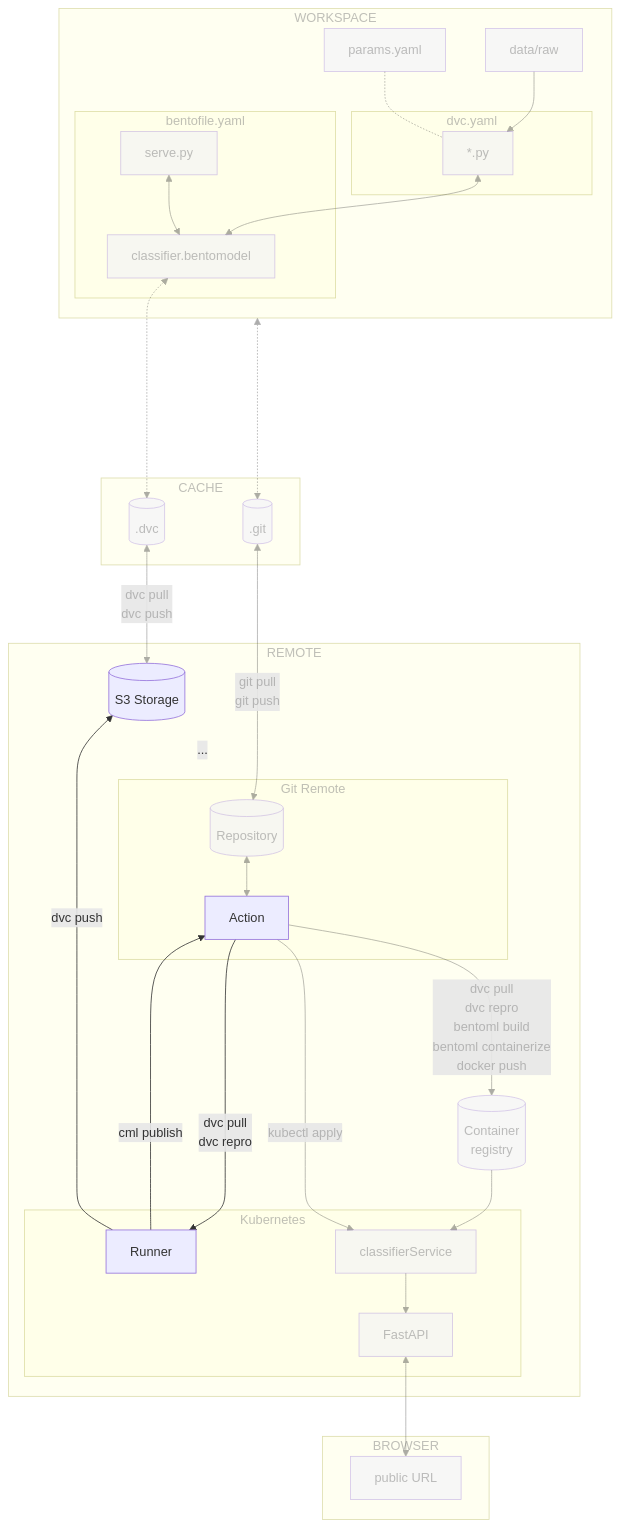
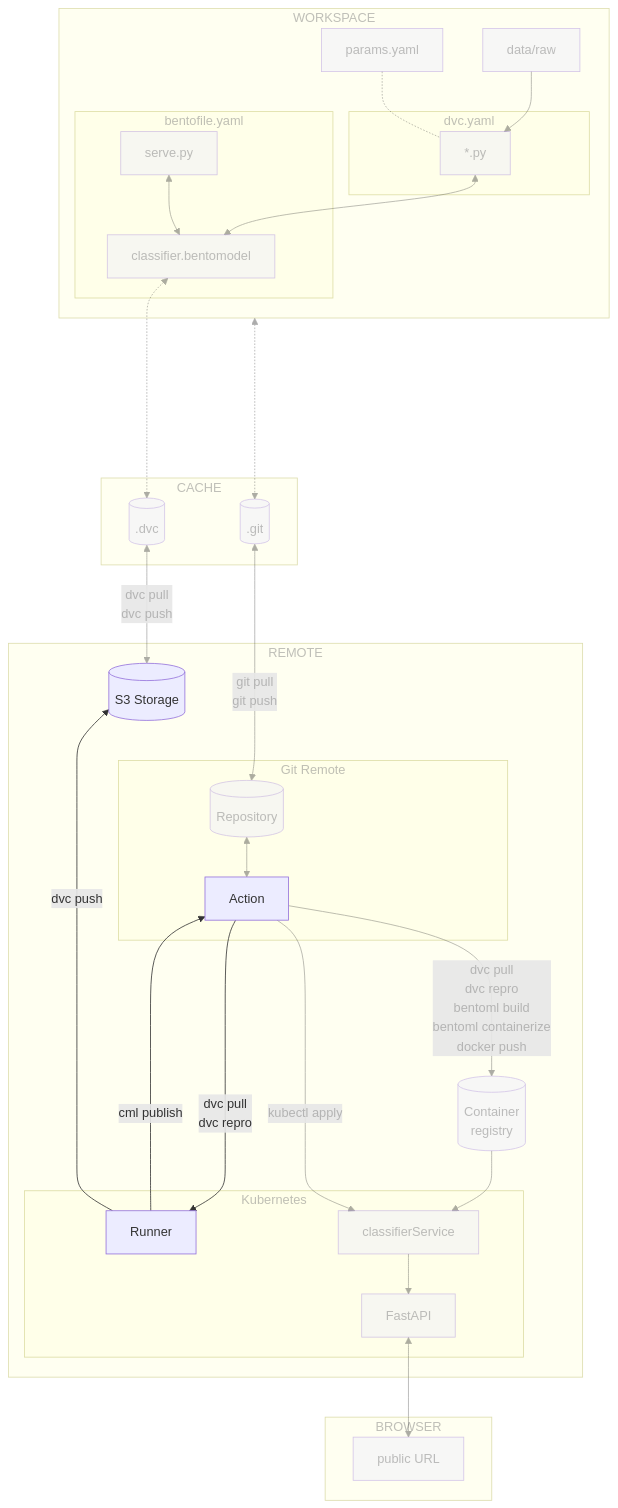
One commit to swiss-ai-center/a-guide-to-mlops changed the diagram in docs/part-3-serve-and-deploy/chapter-37-use-a-self-hosted-runner-for-the-cicd-pipeline.md. Above: the diagram before and after it, drawn with Mermaid. The commit also changed 6 other files, not shown here.

```diff
--- a/docs/part-3-serve-and-deploy/chapter-37-use-a-self-hosted-runner-for-the-cicd-pipeline.md
+++ b/docs/part-3-serve-and-deploy/chapter-37-use-a-self-hosted-runner-for-the-cicd-pipeline.md
@@ -58,7 +58,7 @@
                     bentoml build
                     bentoml containerize
                     docker push|registry
-        s3_storage -.- |...|repository
+        s3_storage ~~~ repository
         subgraph clusterGraph[Kubernetes]
             action -->|dvc pull
                        dvc repro| pod_runner["Runner"]
@@ -106,7 +106,6 @@
     linkStyle 7 opacity:0.4,color:#7f7f7f80
     linkStyle 8 opacity:0.4,color:#7f7f7f80
     linkStyle 9 opacity:0.4,color:#7f7f7f80
-    linkStyle 10 opacity:0.0
     linkStyle 12 opacity:0.4,color:#7f7f7f80
     linkStyle 15 opacity:0.4,color:#7f7f7f80
     linkStyle 16 opacity:0.4,color:#7f7f7f80
```
